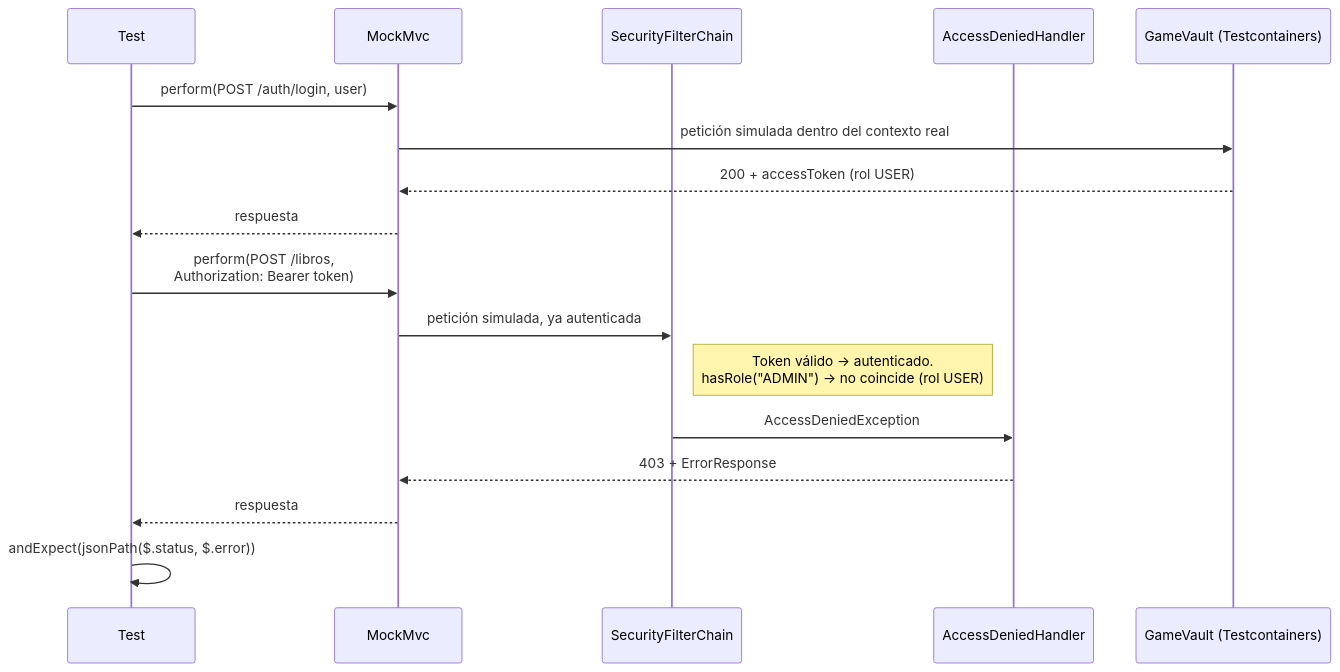
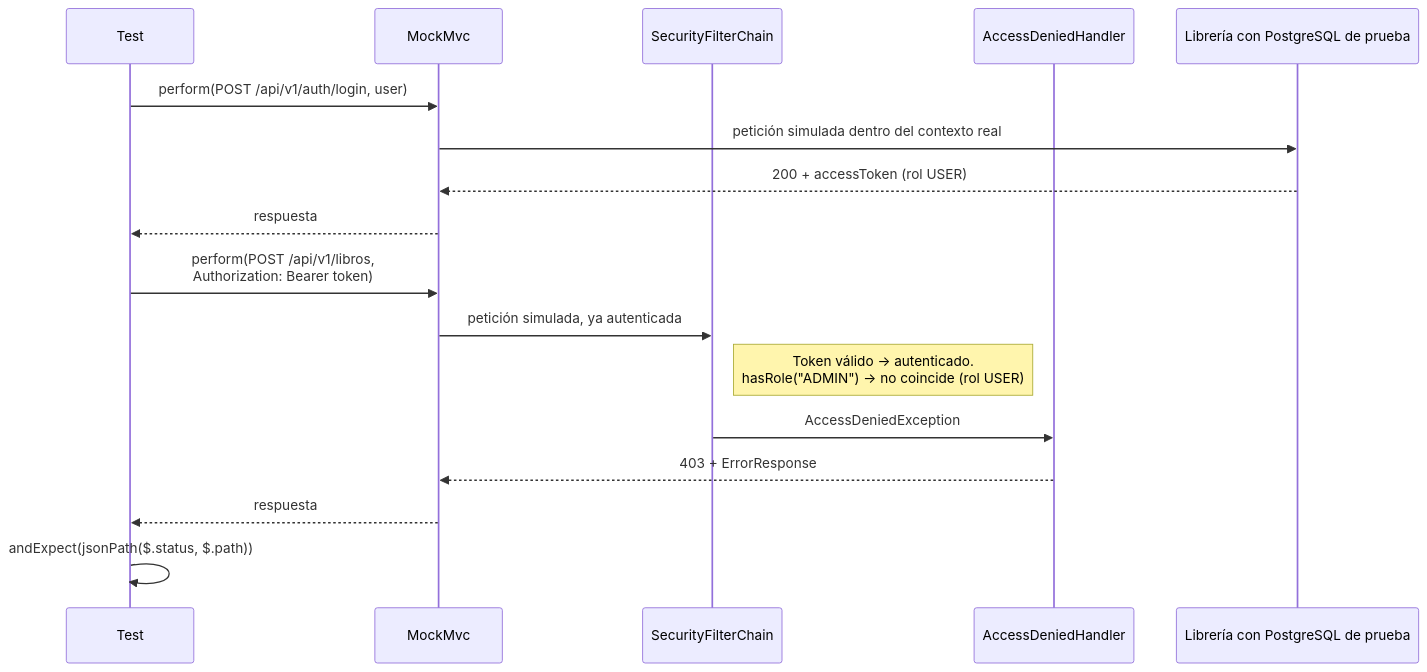
Before and after one commit to aitorventura/acceso-a-datos: the second of 2 diagrams in docs/tema2/bd-orientadas-a-objetos.md, drawn with Mermaid. The commit also changed other lines of this file and 5 other files, not shown here.

````diff
--- a/docs/tema2/bd-orientadas-a-objetos.md
+++ b/docs/tema2/bd-orientadas-a-objetos.md
@@ -254,21 +235,21 @@
 ```mermaid
 sequenceDiagram
     participant Test
     participant MockMvc
     participant SecurityFilterChain
     participant AccessDeniedHandler
-    participant App as GameVault (Testcontainers)
+    participant App as Librería con PostgreSQL de prueba
 
-    Test->>MockMvc: perform(POST /auth/login, user)
+    Test->>MockMvc: perform(POST /api/v1/auth/login, user)
     MockMvc->>App: petición simulada dentro del contexto real
     App-->>MockMvc: 200 + accessToken (rol USER)
     MockMvc-->>Test: respuesta
 
-    Test->>MockMvc: perform(POST /libros,<br/>Authorization: Bearer token)
+    Test->>MockMvc: perform(POST /api/v1/libros,<br/>Authorization: Bearer token)
     MockMvc->>SecurityFilterChain: petición simulada, ya autenticada
     Note right of SecurityFilterChain: Token válido → autenticado.<br/>hasRole("ADMIN") → no coincide (rol USER)
     SecurityFilterChain->>AccessDeniedHandler: AccessDeniedException
     AccessDeniedHandler-->>MockMvc: 403 + ErrorResponse
     MockMvc-->>Test: respuesta
-    Test->>Test: andExpect(jsonPath($.status, $.error))
+    Test->>Test: andExpect(jsonPath($.status, $.path))
 ```
````
